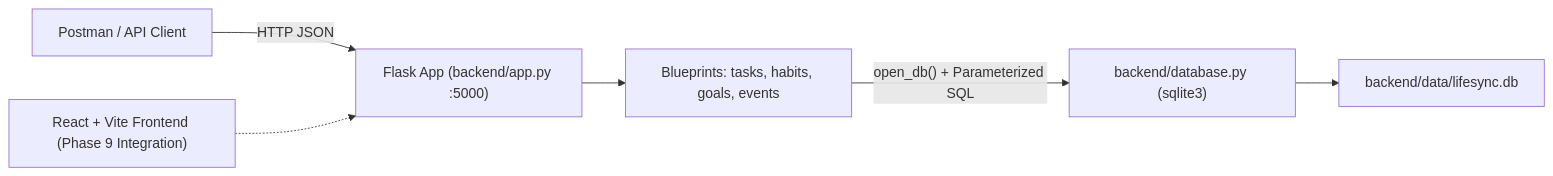
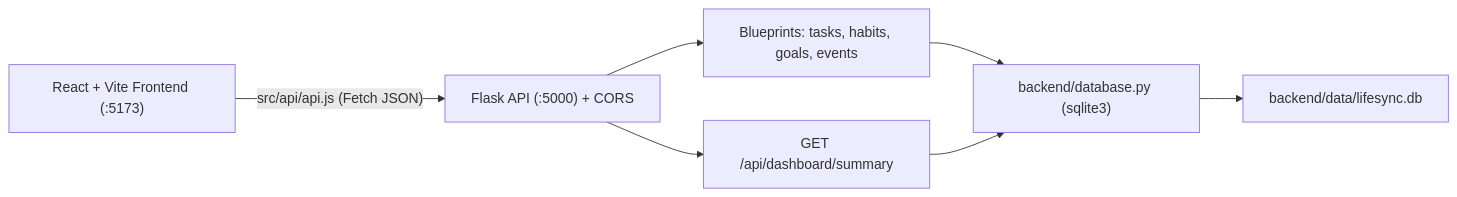
The first of 2 diagrams in personname.md (vedikamande/LifeSync), drawn with Mermaid before and after one commit. The commit also changed other lines of this file and 30 other files, not shown here.

Commit message:
Implement Phase 9: React and Flask SQLite integration

````diff
--- a/personname.md
+++ b/personname.md
@@ -107,8 +27,9 @@
 ```mermaid
 flowchart LR
-    Client["Postman / API Client"] -->|"HTTP JSON"| Flask["Flask App (backend/app.py :5000)"]
-    React["React + Vite Frontend (Phase 9 Integration)"] -.-> Flask
+    React["React + Vite Frontend (:5173)"] -->|"src/api/api.js (Fetch JSON)"| Flask["Flask API (:5000) + CORS"]
+    Flask --> Summary["GET /api/dashboard/summary"]
     Flask --> Routes["Blueprints: tasks, habits, goals, events"]
-    Routes -->|"open_db() + Parameterized SQL"| DBHelper["backend/database.py (sqlite3)"]
-    DBHelper --> SQLite["backend/data/lifesync.db"]
+    Routes --> DB["backend/database.py (sqlite3)"]
+    Summary --> DB
+    DB --> File["backend/data/lifesync.db"]
 ```
````
